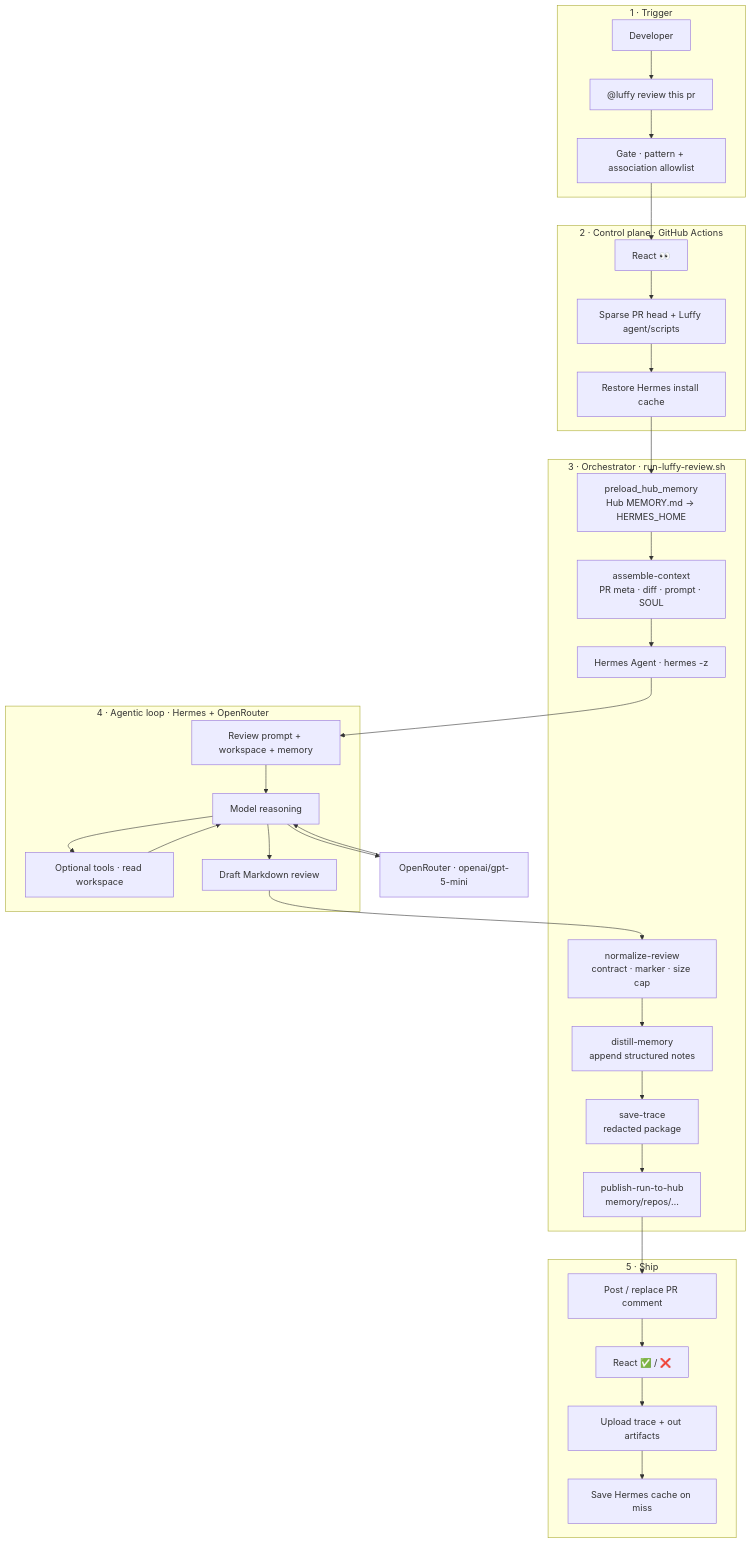
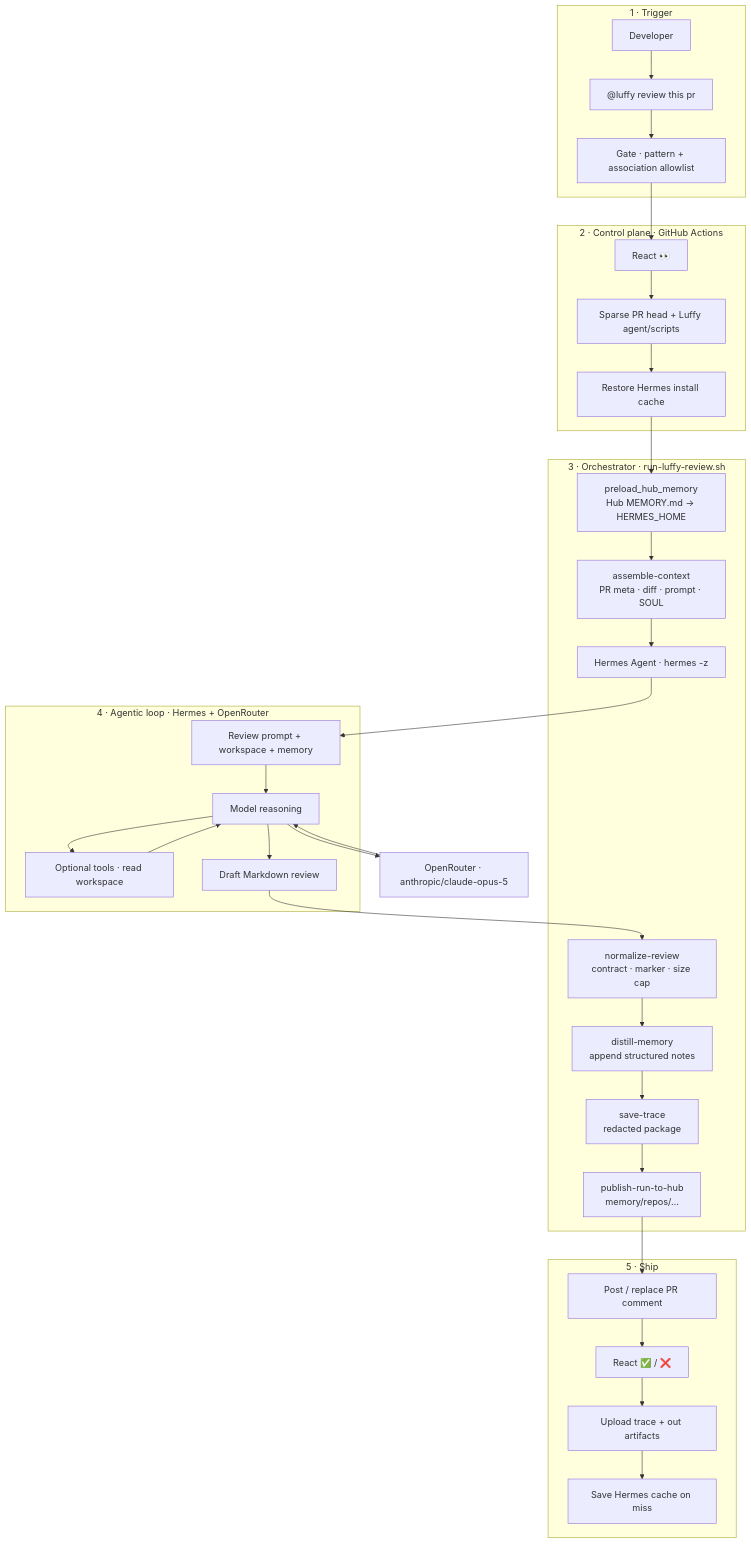
One commit to Mr-Ashish/luffy-pr-review-agent changed the fourth of 4 diagrams in README.md. Above: the diagram before and after it, drawn with Mermaid. The commit also changed other lines of this file and 30 other files, not shown here.

````diff
--- a/README.md
+++ b/README.md
@@ -150,52 +150,52 @@
 ```mermaid
 flowchart TB
   subgraph Trigger["1 · Trigger"]
     Dev["Developer"]
     Comment["@luffy review this pr"]
     Gate["Gate · pattern + association allowlist"]
   end
 
   subgraph ControlPlane["2 · Control plane · GitHub Actions"]
     Eyes["React 👀"]
     Sparse["Sparse PR head + Luffy agent/scripts"]
     CacheR["Restore Hermes install cache"]
   end
 
   subgraph Orchestrator["3 · Orchestrator · run-luffy-review.sh"]
     Preload["preload_hub_memory\nHub MEMORY.md → HERMES_HOME"]
     Assemble["assemble-context\nPR meta · diff · prompt · SOUL"]
     Hermes["Hermes Agent · hermes -z"]
     Normalize["normalize-review\ncontract · marker · size cap"]
     Distill["distill-memory\nappend structured notes"]
     Trace["save-trace\nredacted package"]
     HubPub["publish-run-to-hub\nmemory/repos/…"]
   end
 
   subgraph InnerLoop["4 · Agentic loop · Hermes + OpenRouter"]
     Prompt["Review prompt + workspace + memory"]
     Think["Model reasoning"]
     Tools["Optional tools · read workspace"]
     Draft["Draft Markdown review"]
     Prompt --> Think
     Think --> Tools
     Tools --> Think
     Think --> Draft
   end
 
   subgraph Output["5 · Ship"]
     Post["Post / replace PR comment"]
     React["React ✅ / ❌"]
     Arts["Upload trace + out artifacts"]
     CacheW["Save Hermes cache on miss"]
   end
 
-  OR["OpenRouter · openai/gpt-5-mini"]
+  OR["OpenRouter · anthropic/claude-opus-5"]
 
   Dev --> Comment --> Gate --> Eyes --> Sparse --> CacheR
   CacheR --> Preload --> Assemble --> Hermes
   Hermes --> Prompt
   Think --> OR
   OR --> Think
   Draft --> Normalize --> Distill --> Trace --> HubPub
   HubPub --> Post --> React --> Arts --> CacheW
 ```
````
